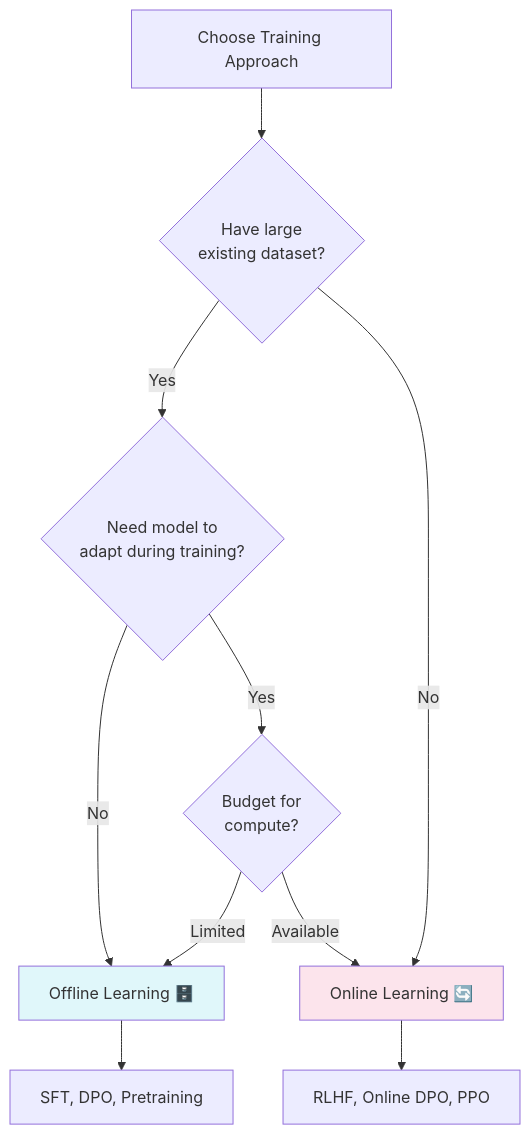
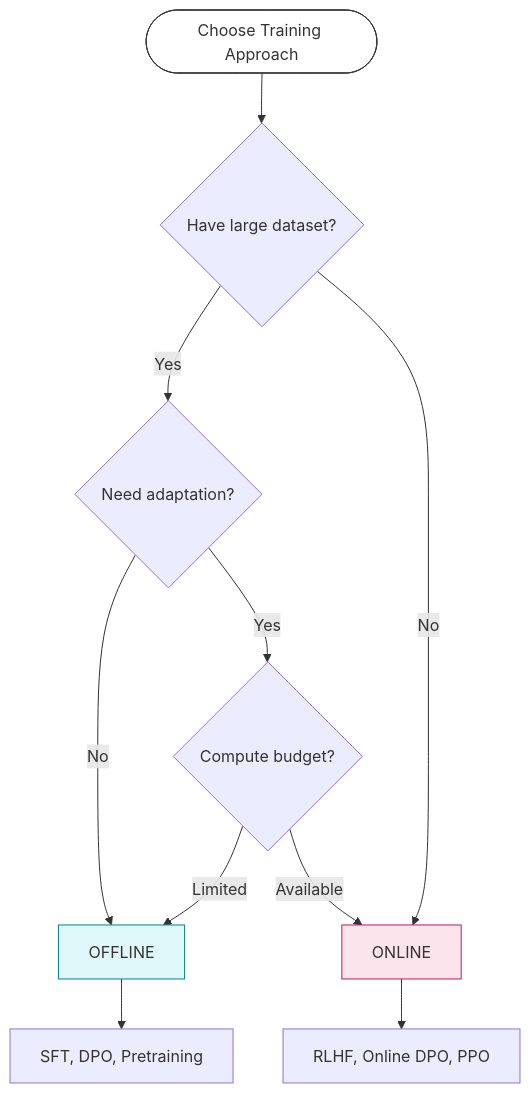
One commit to niharpalem/Simplifiy_Ai changed the fifth of 6 diagrams in Learning/Online_vs_offline.md. Above: the diagram before and after it, drawn with Mermaid. The commit also changed other lines of this file, not shown here.

````diff
--- a/Learning/Online_vs_offline.md
+++ b/Learning/Online_vs_offline.md
@@ -164,19 +164,20 @@
 ```mermaid
 flowchart TD
-    START[Choose Training Approach] --> Q1{Have large<br/>existing dataset?}
+    START(["Choose Training Approach"]) --> Q1{"Have large dataset?"}
     
-    Q1 -->|Yes| Q2{Need model to<br/>adapt during training?}
-    Q1 -->|No| ONLINE[Online Learning 🔄]
+    Q1 -->|Yes| Q2{"Need adaptation?"}
+    Q1 -->|No| ON["ONLINE"]
     
-    Q2 -->|No| OFFLINE[Offline Learning 🗄️]
-    Q2 -->|Yes| Q3{Budget for<br/>compute?}
+    Q2 -->|No| OFF["OFFLINE"]
+    Q2 -->|Yes| Q3{"Compute budget?"}
     
-    Q3 -->|Limited| OFFLINE
-    Q3 -->|Available| ONLINE
+    Q3 -->|Limited| OFF
+    Q3 -->|Available| ON
     
-    OFFLINE --> EX1["SFT, DPO, Pretraining"]
-    ONLINE --> EX2["RLHF, Online DPO, PPO"]
+    OFF --> EX1["SFT, DPO, Pretraining"]
+    ON --> EX2["RLHF, Online DPO, PPO"]
     
-    style OFFLINE fill:#e0f7fa
-    style ONLINE fill:#fce4ec
+    style OFF fill:#e0f7fa,stroke:#00838f
+    style ON fill:#fce4ec,stroke:#c2185b
+    style START fill:#fff,stroke:#333
 ```
````
